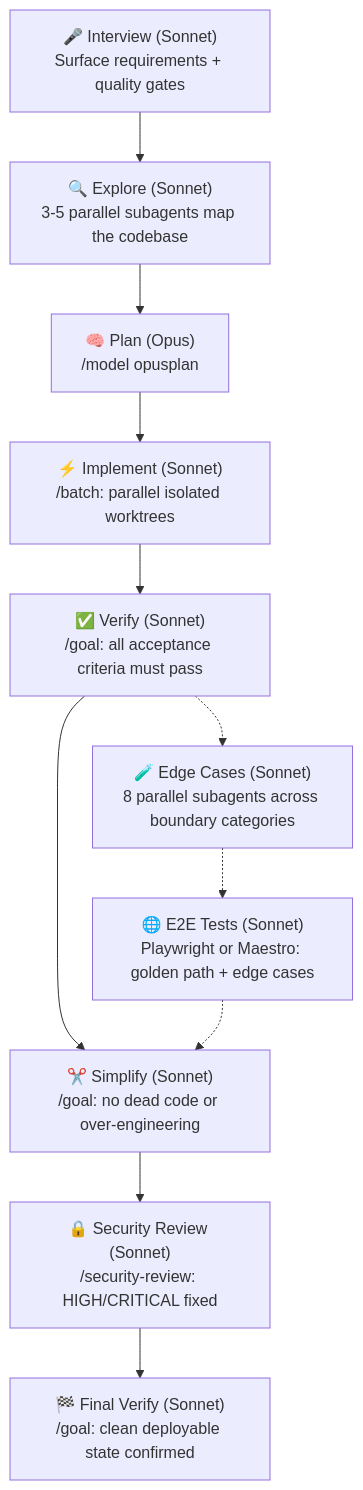
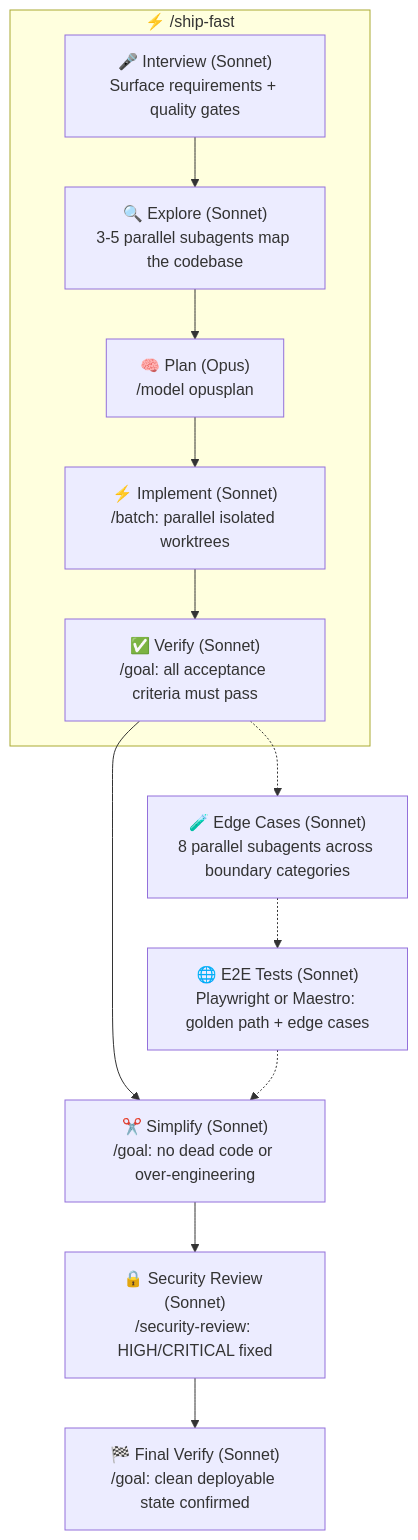
The diagram in README.md (amajorai/ship.md), drawn with Mermaid before and after one commit.

Commit message:
Add ship-fast subgraph to mermaid diagram

````diff
--- a/README.md
+++ b/README.md
@@ -5,13 +5,15 @@
 ```mermaid
 flowchart TD
-    A["🎤 Interview (Sonnet)\nSurface requirements + quality gates"] --> B["🔍 Explore (Sonnet)\n3-5 parallel subagents map the codebase"]
-    B --> C["🧠 Plan (Opus)\n/model opusplan"]
-    C --> D["⚡ Implement (Sonnet)\n/batch: parallel isolated worktrees"]
-    D --> E["✅ Verify (Sonnet)\n/goal: all acceptance criteria must pass"]
+    subgraph sf["⚡ /ship-fast"]
+        A["🎤 Interview (Sonnet)\nSurface requirements + quality gates"] --> B["🔍 Explore (Sonnet)\n3-5 parallel subagents map the codebase"]
+        B --> C["🧠 Plan (Opus)\n/model opusplan"]
+        C --> D["⚡ Implement (Sonnet)\n/batch: parallel isolated worktrees"]
+        D --> E["✅ Verify (Sonnet)\n/goal: all acceptance criteria must pass"]
+    end
     E --> H["✂️ Simplify (Sonnet)\n/goal: no dead code or over-engineering"]
     E -.-> F["🧪 Edge Cases (Sonnet)\n8 parallel subagents across boundary categories"]
     F -.-> G["🌐 E2E Tests (Sonnet)\nPlaywright or Maestro: golden path + edge cases"]
     G -.-> H
     H --> I["🔒 Security Review (Sonnet)\n/security-review: HIGH/CRITICAL fixed"]
     I --> J["🏁 Final Verify (Sonnet)\n/goal: clean deployable state confirmed"]
 ```
````
